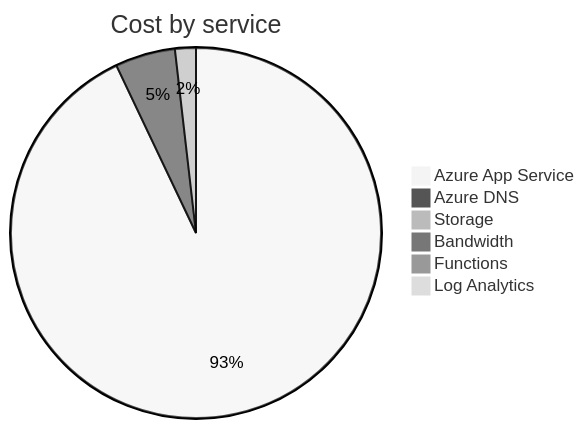
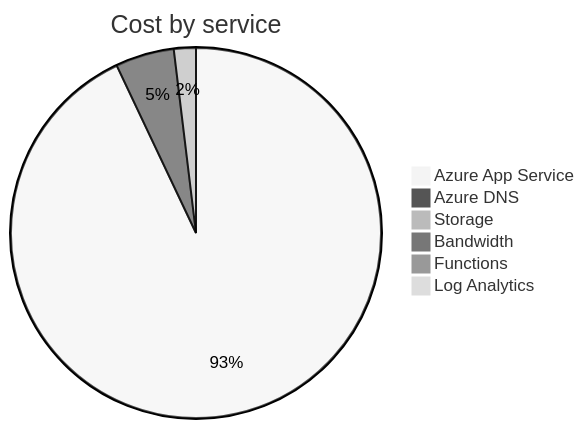
One commit to jpfulton/azure-personal-reports changed the second of 4 diagrams in cost-reports/accumulated-cost.md. Above: the diagram before and after it, drawn with Mermaid (neutral theme). The commit also changed other lines of this file and 4 other files, not shown here.

````diff
--- a/cost-reports/accumulated-cost.md
+++ b/cost-reports/accumulated-cost.md
@@ -100,10 +100,10 @@
 ```mermaid
 pie
    title Cost by service
-   "Azure App Service" : 4.08
-   "Azure DNS" : 0.23
-   "Storage" : 0.08
+   "Azure App Service" : 4.36
+   "Azure DNS" : 0.24
+   "Storage" : 0.09
    "Bandwidth" : 0.00
    "Functions" : 0.00
    "Log Analytics" : 0.00
 ```
````
